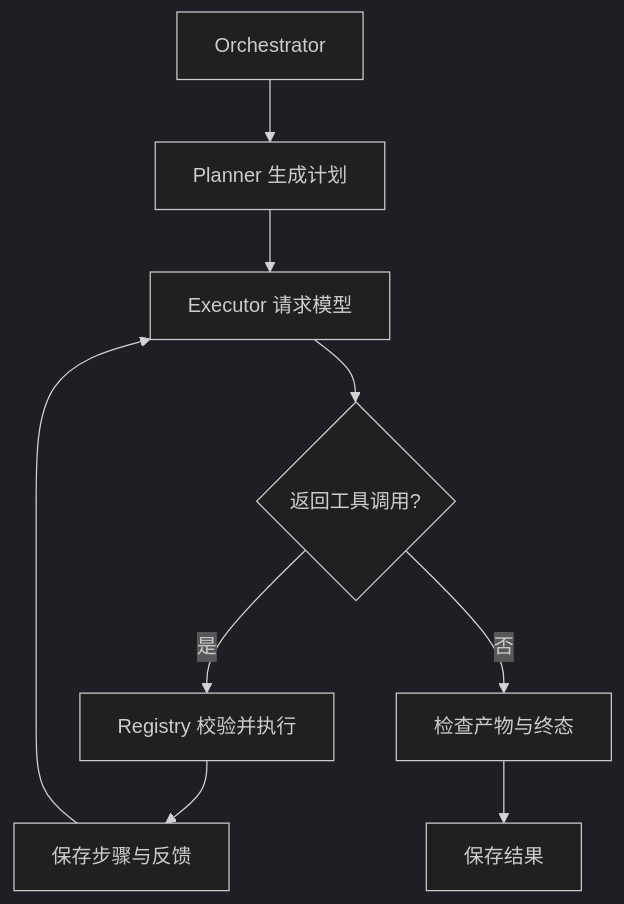
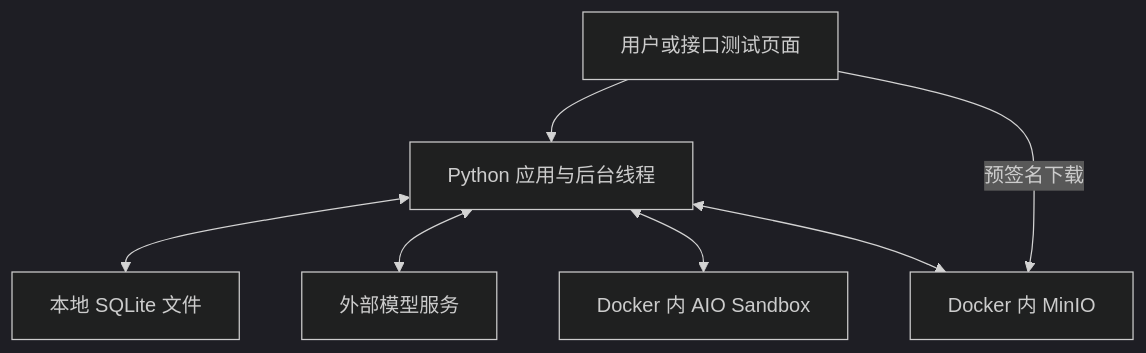
The first of 3 diagrams in docs/LEARNING_GUIDE.md (krystalalwswins/document-specialist-agent), drawn with Mermaid (dark theme) before and after one commit. The commit also changed other lines of this file, not shown here.

Commit message:
docs: explain agent architecture execution flow and every resume claim

````diff
--- a/docs/LEARNING_GUIDE.md
+++ b/docs/LEARNING_GUIDE.md
@@ -46,11 +166,9 @@
 ```mermaid
 flowchart TD
-    A[Orchestrator] --> B[Planner 生成计划]
-    B --> C[Executor 请求模型]
-    C --> D{返回工具调用?}
-    D -->|是| E[Registry 校验并执行]
-    E --> F[保存步骤与反馈]
-    F --> C
-    D -->|否| G[检查产物与终态]
-    G --> H[保存结果]
+    U[用户或接口测试页面] --> A[Python 应用与后台线程]
+    A <--> D[本地 SQLite 文件]
+    A <--> L[外部模型服务]
+    A <--> S[Docker 内 AIO Sandbox]
+    A <--> O[Docker 内 MinIO]
+    U -->|预签名下载| O
 ```
````
